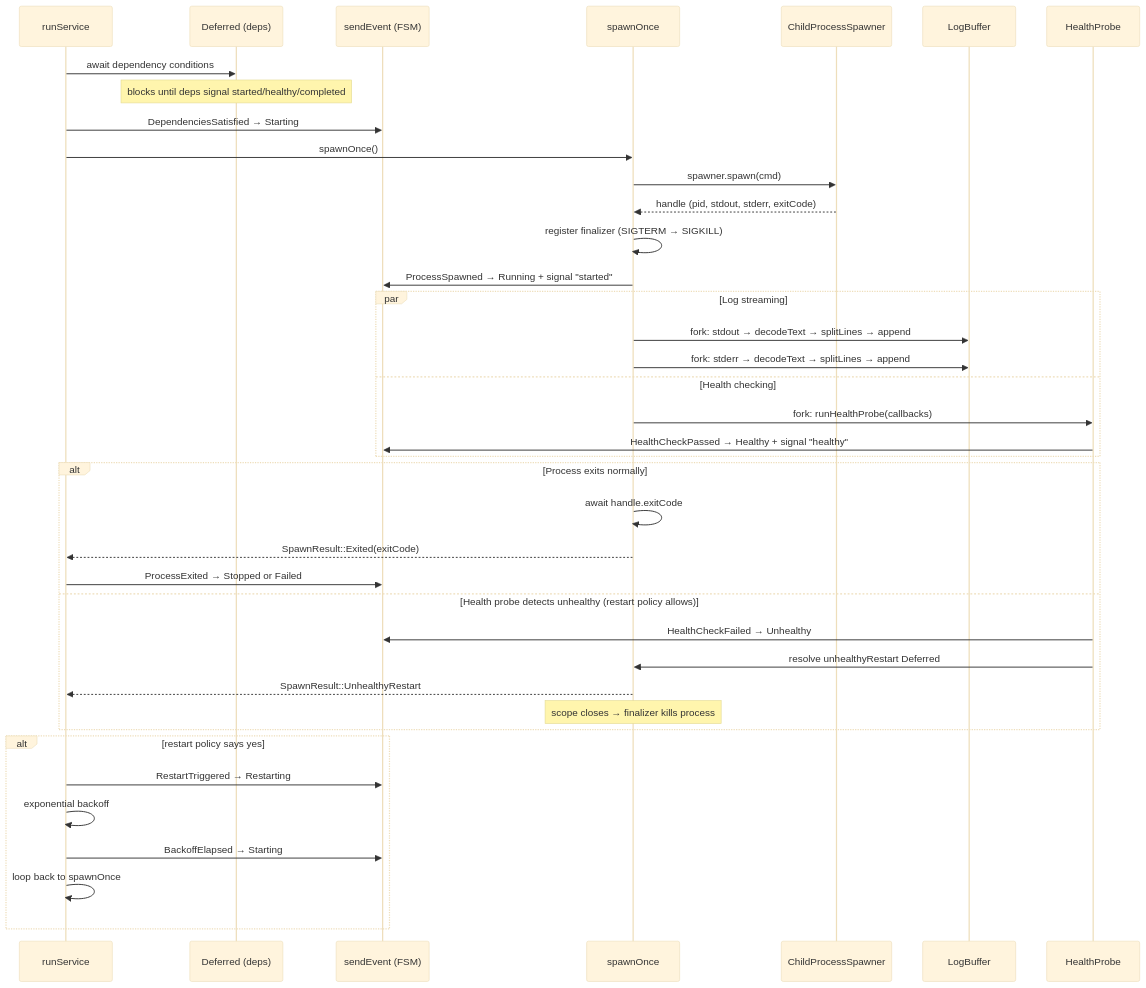
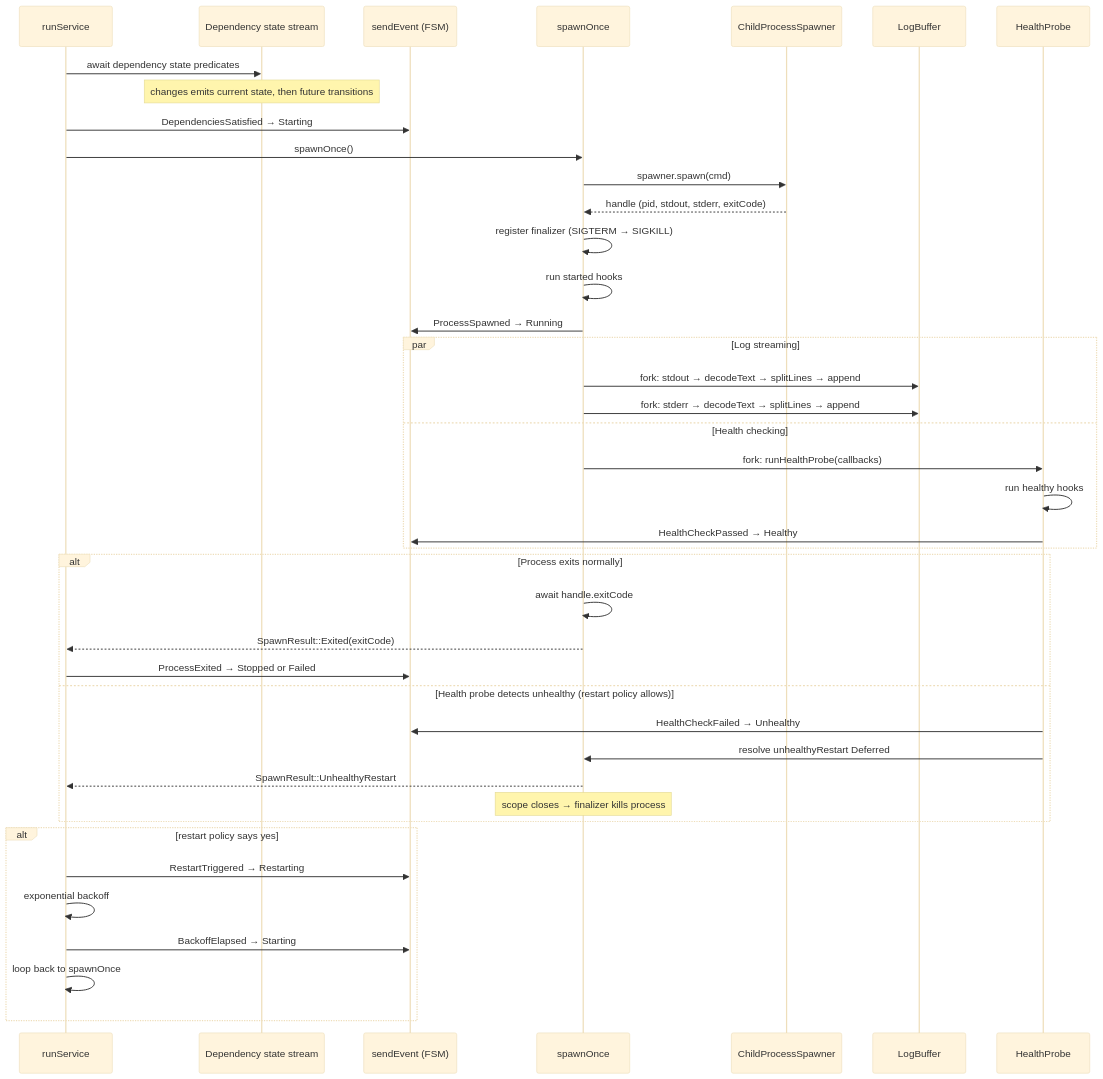
The sixth of 7 diagrams in packages/process-compose/docs/architecture.md (supabase/cli), drawn with Mermaid (base theme) before and after one commit. The commit also changed other lines of this file and 17 other files, not shown here.

````diff
--- a/packages/process-compose/docs/architecture.md
+++ b/packages/process-compose/docs/architecture.md
@@ -602,47 +600,49 @@
 ```mermaid
 sequenceDiagram
     participant RUN as runService
-    participant DEP as Deferred (deps)
+    participant DEP as Dependency state stream
     participant FSM as sendEvent (FSM)
     participant SPAWN as spawnOnce
     participant CPS as ChildProcessSpawner
     participant LOG as LogBuffer
     participant HP as HealthProbe
 
-    RUN->>DEP: await dependency conditions
-    Note over DEP: blocks until deps signal started/healthy/completed
+    RUN->>DEP: await dependency state predicates
+    Note over DEP: changes emits current state, then future transitions
 
     RUN->>FSM: DependenciesSatisfied → Starting
     RUN->>SPAWN: spawnOnce()
     SPAWN->>CPS: spawner.spawn(cmd)
     CPS-->>SPAWN: handle (pid, stdout, stderr, exitCode)
 
     SPAWN->>SPAWN: register finalizer (SIGTERM → SIGKILL)
-    SPAWN->>FSM: ProcessSpawned → Running + signal "started"
+    SPAWN->>SPAWN: run started hooks
+    SPAWN->>FSM: ProcessSpawned → Running
 
     par Log streaming
         SPAWN->>LOG: fork: stdout → decodeText → splitLines → append
         SPAWN->>LOG: fork: stderr → decodeText → splitLines → append
     and Health checking
         SPAWN->>HP: fork: runHealthProbe(callbacks)
-        HP->>FSM: HealthCheckPassed → Healthy + signal "healthy"
+        HP->>HP: run healthy hooks
+        HP->>FSM: HealthCheckPassed → Healthy
     end
 
     alt Process exits normally
         SPAWN->>SPAWN: await handle.exitCode
         SPAWN-->>RUN: SpawnResult::Exited(exitCode)
         RUN->>FSM: ProcessExited → Stopped or Failed
     else Health probe detects unhealthy (restart policy allows)
         HP->>FSM: HealthCheckFailed → Unhealthy
         HP->>SPAWN: resolve unhealthyRestart Deferred
         SPAWN-->>RUN: SpawnResult::UnhealthyRestart
         Note over SPAWN: scope closes → finalizer kills process
     end
 
     alt restart policy says yes
         RUN->>FSM: RestartTriggered → Restarting
         RUN->>RUN: exponential backoff
         RUN->>FSM: BackoffElapsed → Starting
         RUN->>RUN: loop back to spawnOnce
     end
 ```
````
